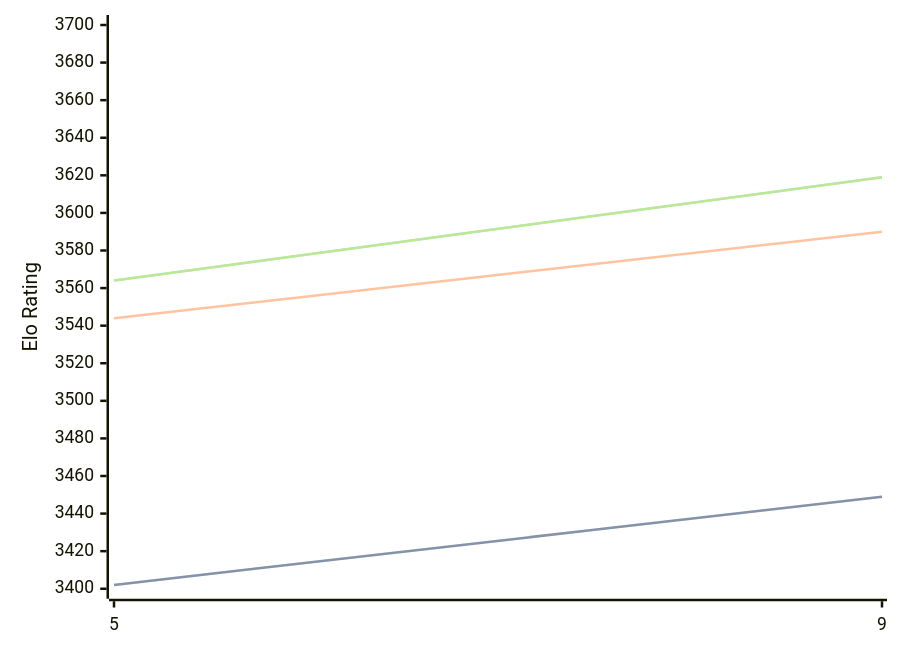
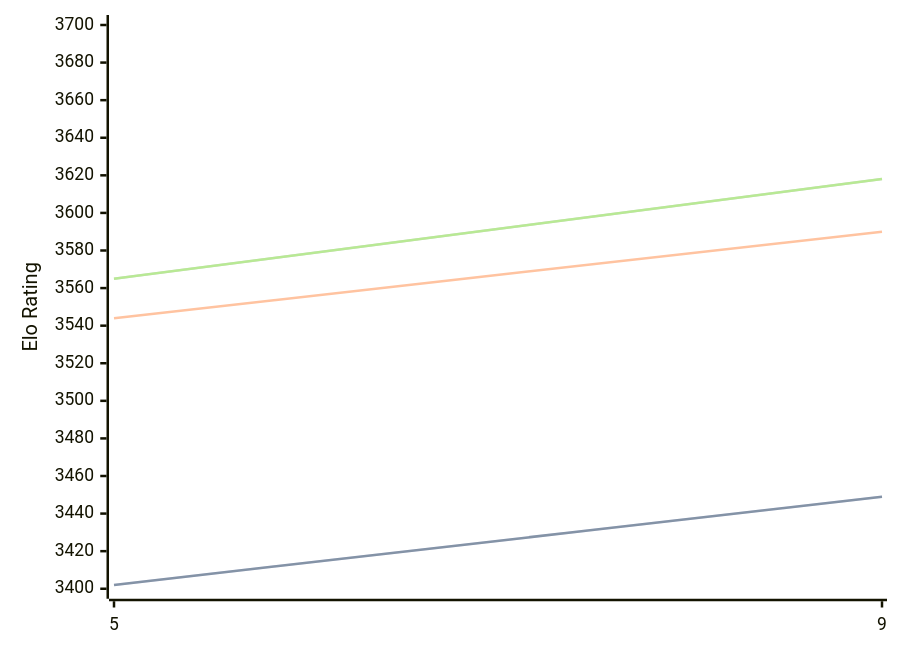
One commit to computer-chess-index/cci changed the diagram in engines/Crystal.md. Above: the diagram before and after it, drawn with Mermaid. The commit also changed other lines of this file, not shown here.

Commit message:
Update CCI Ratings (ELO VLTC) - 2026-04-04

````diff
--- a/engines/Crystal.md
+++ b/engines/Crystal.md
@@ -60,11 +60,11 @@
 ```mermaid
 %%{init: {"theme":"base","themeVariables":{"seriesColors:['#a3a3a3','#222221','#faa371']}}}%%
 xychart-beta
   x-axis ["5", "9"]
   y-axis "Elo Rating" 3400 --> 3700
   line "STC (8.0+0.08s)" [3402, 3449]
   line "STC (8.0+0.08s)" [3402, 3449]
   line "LTC (60.0+0.60s)" [3544, 3590]
-  line "VLTC (2m24s+1.12s)" [3564, 3619]
-  line "VLTC (2m24s+1.12s)" [3564, 3619]
+  line "VLTC (2m24s+1.12s)" [3565, 3618]
+  line "VLTC (2m24s+1.12s)" [3565, 3618]
 ```
````
